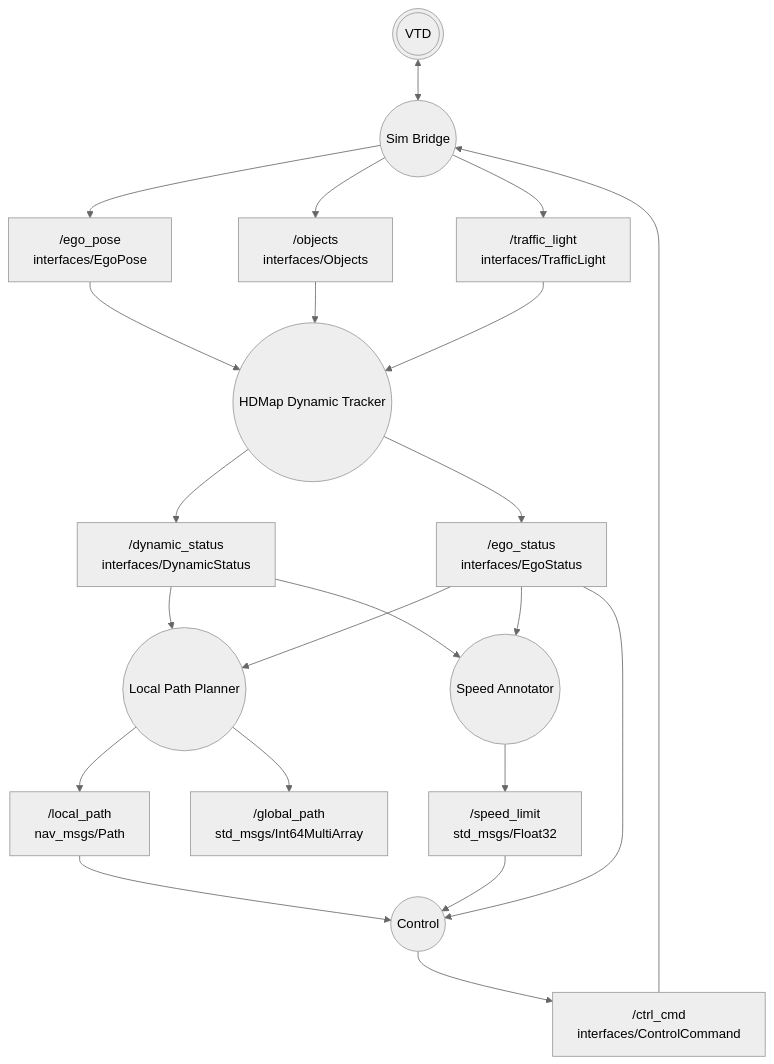
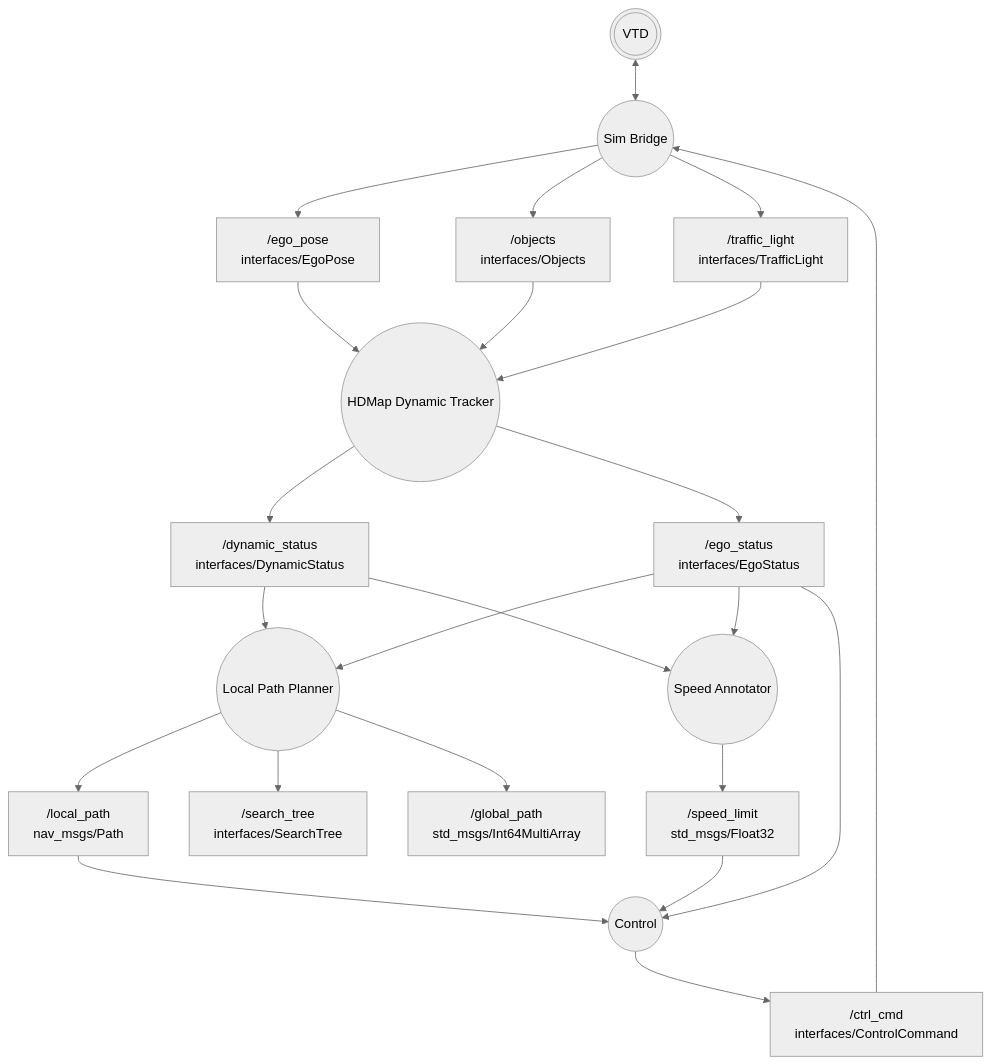
Before and after one commit to Team-Stier/HL-FMA2026-sim-stier: the first of 4 diagrams in README.md, drawn with Mermaid (neutral theme). The commit also changed other lines of this file and 3 other files, not shown here.

````diff
--- a/README.md
+++ b/README.md
@@ -182,24 +183,25 @@
 ```mermaid
 flowchart TD
     SIM(((VTD))) <--> BRIDGE((Sim Bridge))
     BRIDGE --> POSE["/ego_pose<br/>interfaces/EgoPose"]
     BRIDGE --> OBJS["/objects<br/>interfaces/Objects"]
     BRIDGE --> TL["/traffic_light<br/>interfaces/TrafficLight"]
     POSE --> TRACK((HDMap Dynamic Tracker))
     OBJS --> TRACK
     TL --> TRACK
     TRACK --> DSTAT["/dynamic_status<br/>interfaces/DynamicStatus"]
     TRACK --> ESTAT["/ego_status<br/>interfaces/EgoStatus"]
     DSTAT --> LOC((Local Path Planner))
     DSTAT --> SPD((Speed Annotator))
     ESTAT --> LOC
     ESTAT --> SPD
     ESTAT --> CTRL((Control))
     LOC --> PATH["/local_path<br/>nav_msgs/Path"]
+    LOC --> TREE["/search_tree<br/>interfaces/SearchTree"]
     LOC --> GLOBAL["/global_path<br/>std_msgs/Int64MultiArray"]
     SPD --> CAP["/speed_limit<br/>std_msgs/Float32"]
     PATH --> CTRL
     CAP --> CTRL
     CTRL --> CMD["/ctrl_cmd<br/>interfaces/ControlCommand"]
     CMD --> BRIDGE
 ```
````
